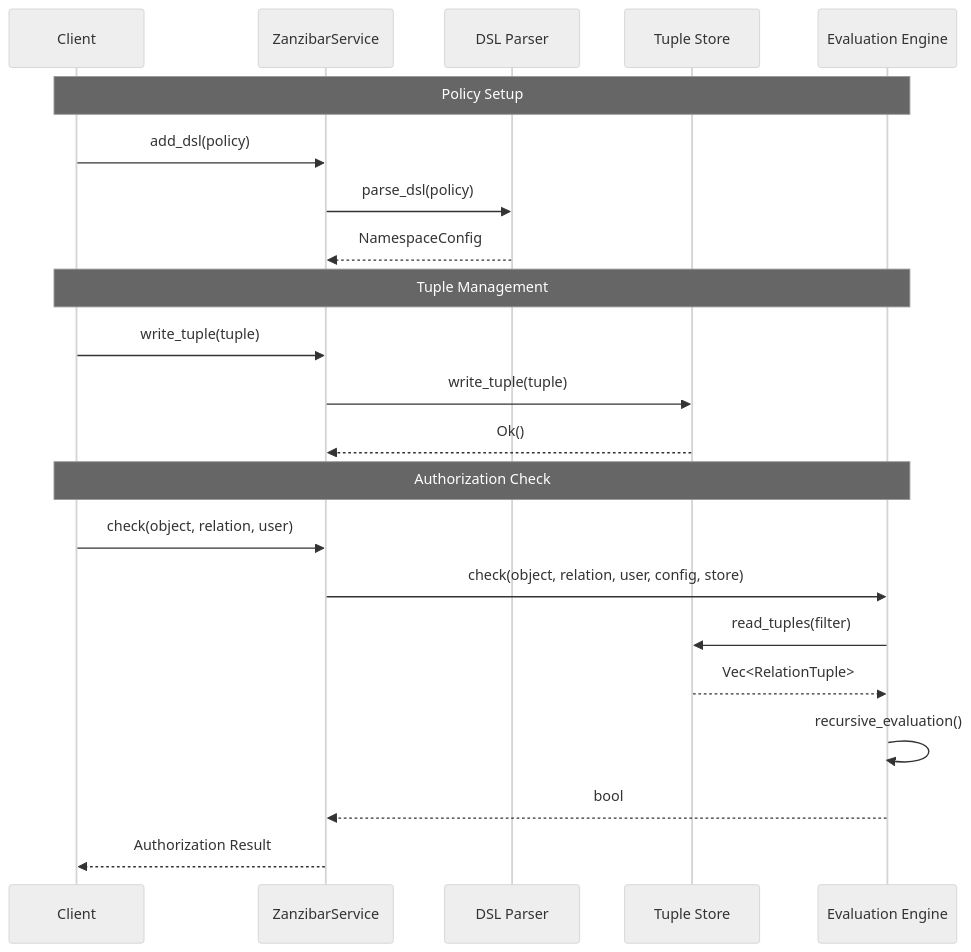
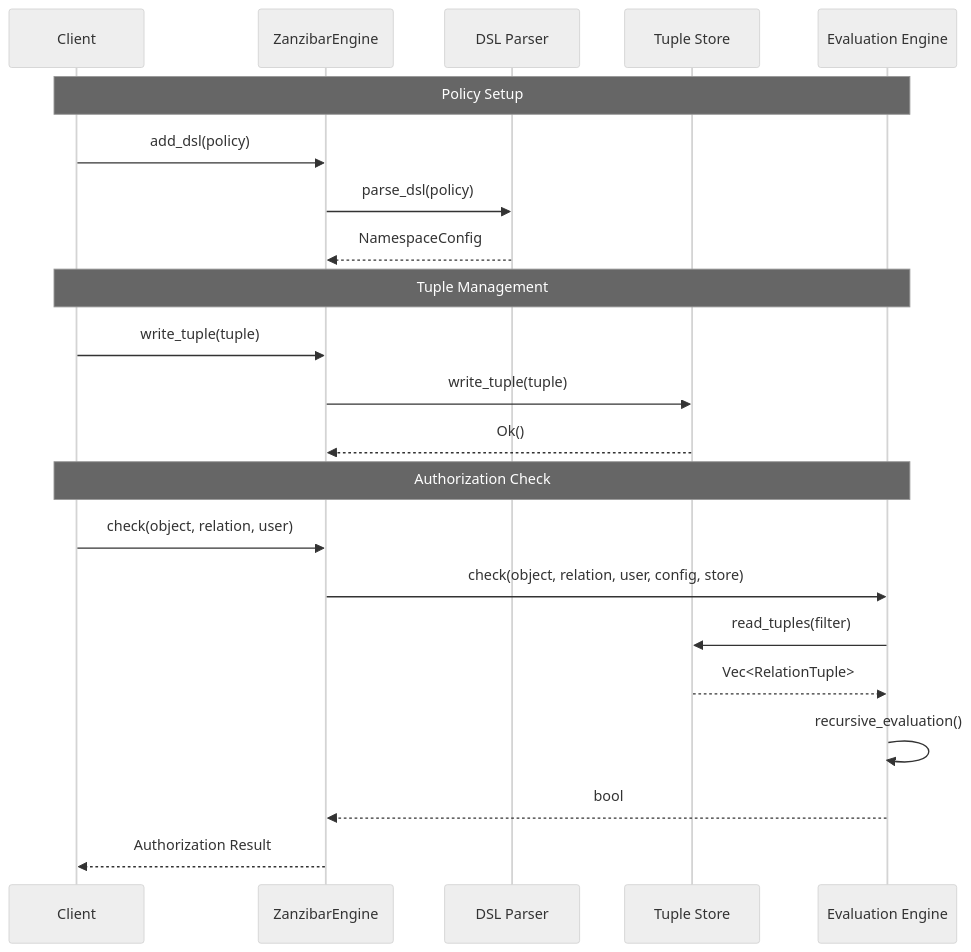
One commit to tyrchen/simple-zanzibar changed the second of 3 diagrams in README.md. Above: the diagram before and after it, drawn with Mermaid (neutral theme). The commit also changed other lines of this file and 43 other files, not shown here.

````diff
--- a/README.md
+++ b/README.md
@@ -55,27 +55,27 @@
 ```mermaid
 sequenceDiagram
     participant Client
-    participant Service as ZanzibarService
+    participant Service as ZanzibarEngine
     participant Parser as DSL Parser
     participant Store as Tuple Store
     participant Eval as Evaluation Engine
 
     Note over Client,Eval: Policy Setup
     Client->>Service: add_dsl(policy)
     Service->>Parser: parse_dsl(policy)
     Parser-->>Service: NamespaceConfig
 
     Note over Client,Eval: Tuple Management
     Client->>Service: write_tuple(tuple)
     Service->>Store: write_tuple(tuple)
     Store-->>Service: Ok()
 
     Note over Client,Eval: Authorization Check
     Client->>Service: check(object, relation, user)
     Service->>Eval: check(object, relation, user, config, store)
     Eval->>Store: read_tuples(filter)
     Store-->>Eval: Vec<RelationTuple>
     Eval->>Eval: recursive_evaluation()
     Eval-->>Service: bool
     Service-->>Client: Authorization Result
 ```
````
